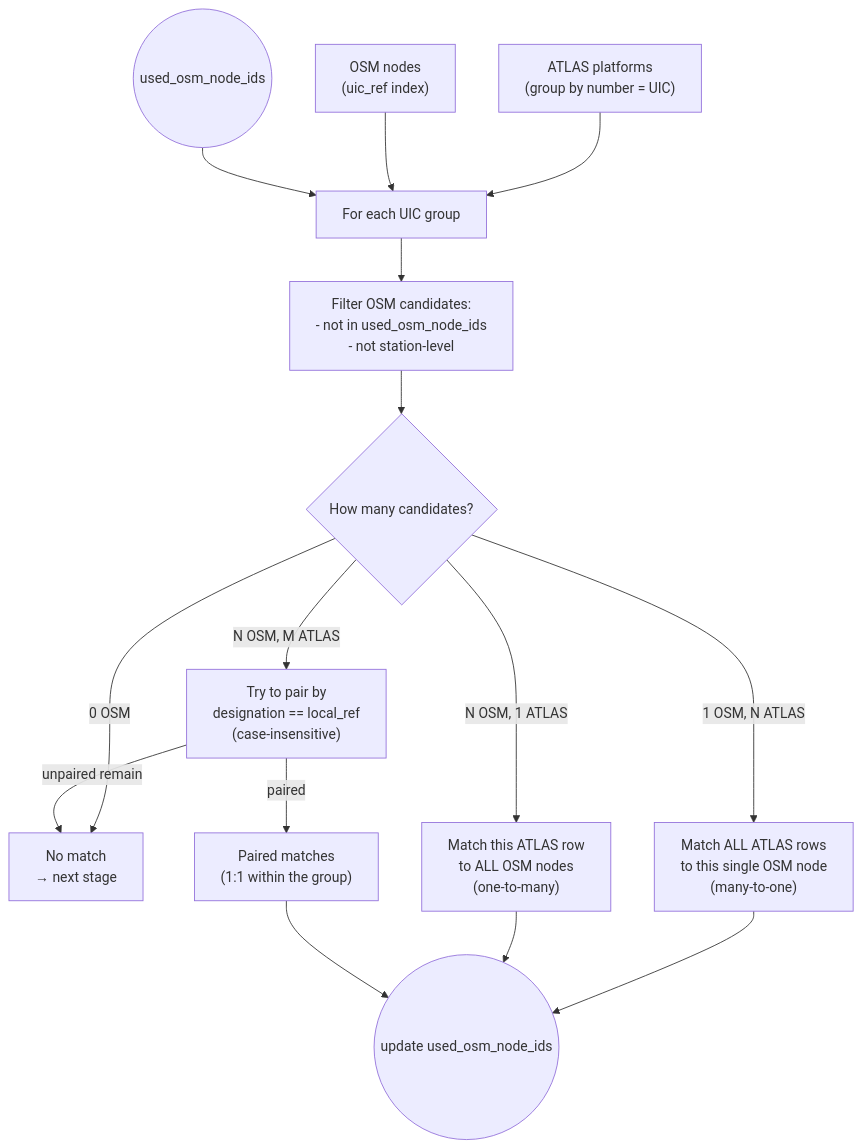
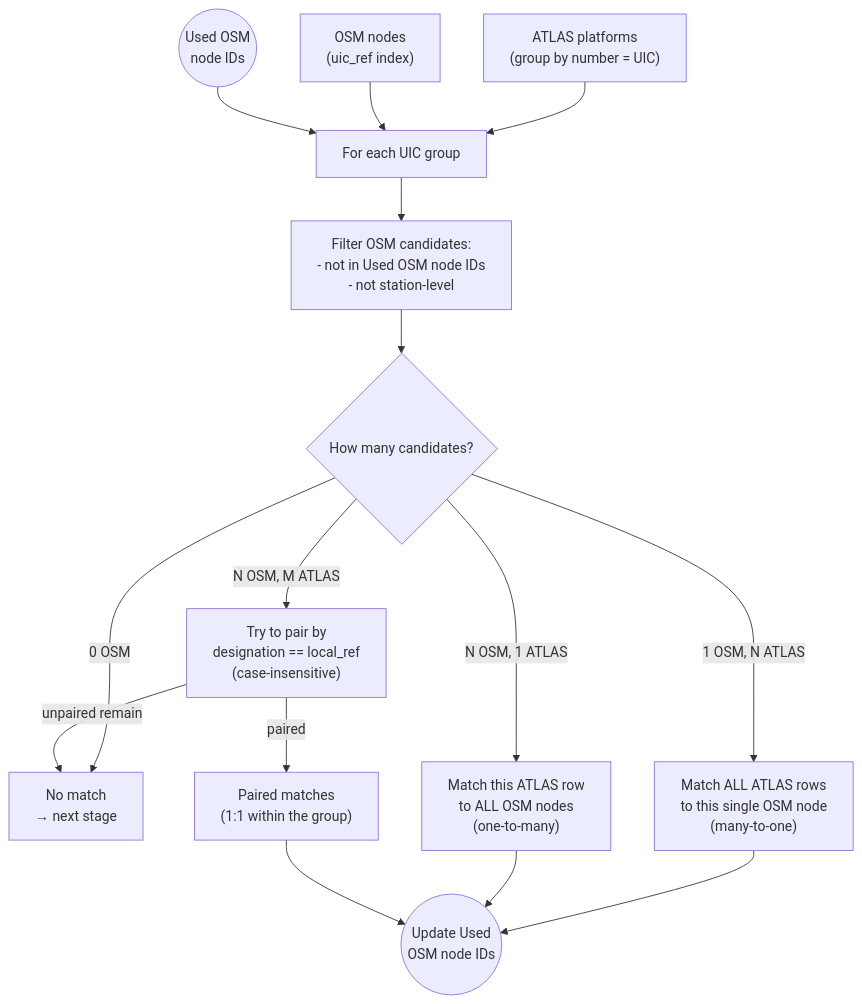
Before and after one commit to openTdataCH/stop_sync_osm_atlas: the diagram in documentation/2.1 Exact matching.md, drawn with Mermaid. The commit also changed 6 other files, not shown here.

````diff
--- a/documentation/2.1 Exact matching.md
+++ b/documentation/2.1 Exact matching.md
@@ -5,21 +5,21 @@
 ```mermaid
 flowchart TB
     A["ATLAS platforms<br/>(group by number = UIC)"] --> G
     B["OSM nodes<br/>(uic_ref index)"] --> G
-    U((used_osm_node_ids)) --> G
+    U(("Used OSM<br/>node IDs")) --> G
 
-    G["For each UIC group"] --> F["Filter OSM candidates:<br/>- not in used_osm_node_ids<br/>- not station-level"]
+    G["For each UIC group"] --> F["Filter OSM candidates:<br/>- not in Used OSM node IDs<br/>- not station-level"]
     F --> C{"How many candidates?"}
 
     C -->|0 OSM| X["No match<br/>→ next stage"]
     C -->|1 OSM, N ATLAS| M1["Match ALL ATLAS rows<br/>to this single OSM node<br/>(many-to-one)"]
     C -->|N OSM, 1 ATLAS| M2["Match this ATLAS row<br/>to ALL OSM nodes<br/>(one-to-many)"]
     C -->|N OSM, M ATLAS| D["Try to pair by<br/>designation == local_ref<br/>(case-insensitive)"]
 
     D -->|paired| M3["Paired matches<br/>(1:1 within the group)"]
     D -->|unpaired remain| X
 
-    M1 --> U2(("update used_osm_node_ids"))
+    M1 --> U2(("Update Used<br/>OSM node IDs"))
     M2 --> U2
     M3 --> U2
 ```
````
